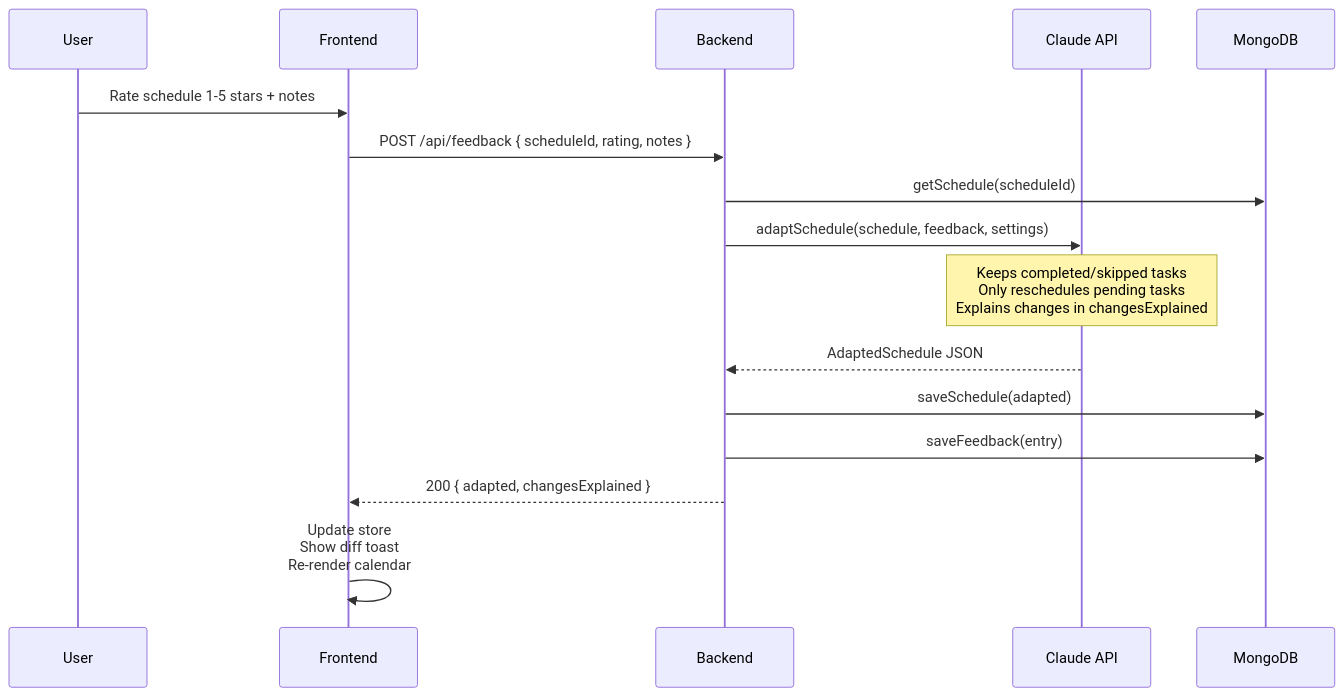
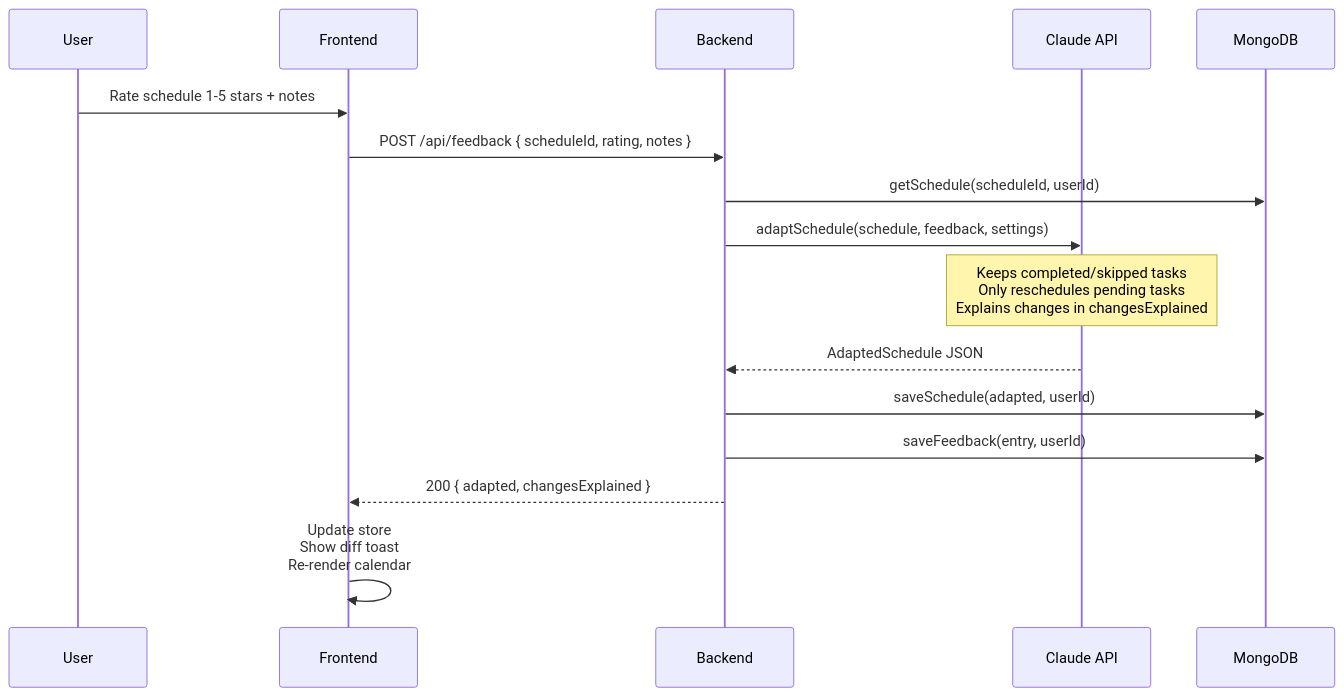
Before and after one commit to jsb58p/ai-calendar: the fourth of 5 diagrams in docs/ARCHITECTURE.md, drawn with Mermaid. The commit also changed other lines of this file and 5 other files, not shown here.

````diff
--- a/docs/ARCHITECTURE.md
+++ b/docs/ARCHITECTURE.md
@@ -56,19 +88,19 @@
 ```mermaid
 sequenceDiagram
   participant U as User
   participant FE as Frontend
   participant BE as Backend
   participant AI as Claude API
   participant DB as MongoDB
 
   U->>FE: Rate schedule 1-5 stars + notes
   FE->>BE: POST /api/feedback { scheduleId, rating, notes }
-  BE->>DB: getSchedule(scheduleId)
+  BE->>DB: getSchedule(scheduleId, userId)
   BE->>AI: adaptSchedule(schedule, feedback, settings)
   Note over AI: Keeps completed/skipped tasks<br/>Only reschedules pending tasks<br/>Explains changes in changesExplained
   AI-->>BE: AdaptedSchedule JSON
-  BE->>DB: saveSchedule(adapted)
-  BE->>DB: saveFeedback(entry)
+  BE->>DB: saveSchedule(adapted, userId)
+  BE->>DB: saveFeedback(entry, userId)
   BE-->>FE: 200 { adapted, changesExplained }
   FE->>FE: Update store<br/>Show diff toast<br/>Re-render calendar
 ```
````
